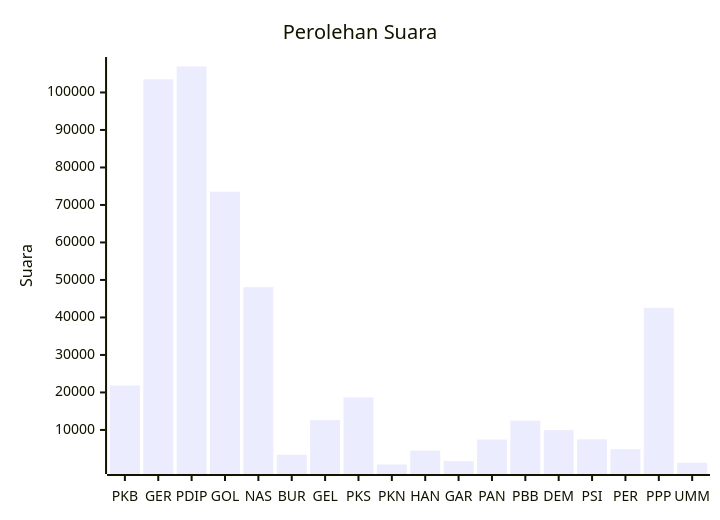
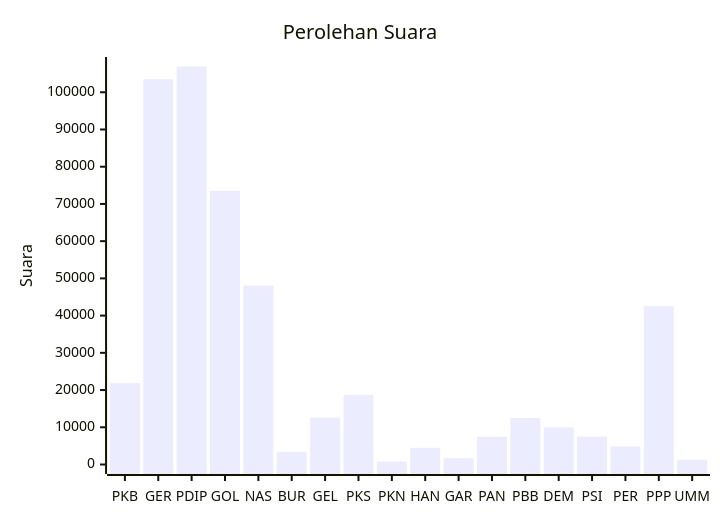
One commit to gigit-pemilu/pemilu-2024 changed the diagram in pileg-dpr/hitung-suara/sub/table-wilayah-19.md. Above: the diagram before and after it, drawn with Mermaid. The commit also changed 57 other files, not shown here.

````diff
--- a/pileg-dpr/hitung-suara/sub/table-wilayah-19.md
+++ b/pileg-dpr/hitung-suara/sub/table-wilayah-19.md
@@ -7,7 +7,7 @@
 ```mermaid
 xychart-beta
     title "Perolehan Suara"
     x-axis [PKB, GER, PDIP, GOL, NAS, BUR, GEL, PKS, PKN, HAN, GAR, PAN, PBB, DEM, PSI, PER, PPP, UMM]
-    y-axis "Suara"
+    y-axis "Suara" 0 --> 106923
     bar [21862, 103508, 106923, 73541, 48071, 3399, 12612, 18676, 785, 4479, 1694, 7443, 12502, 9952, 7509, 4883, 42546, 1268]
 ```
````
